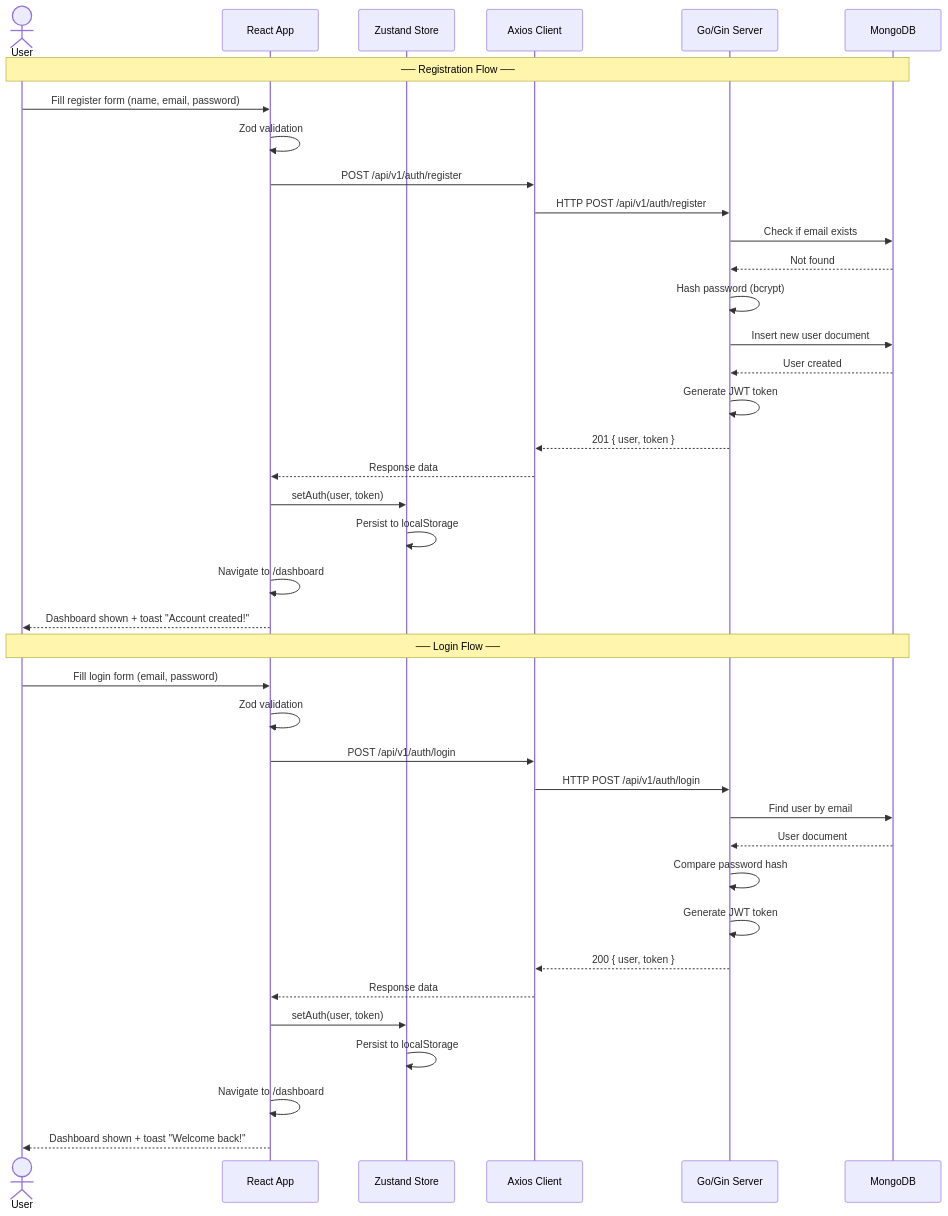
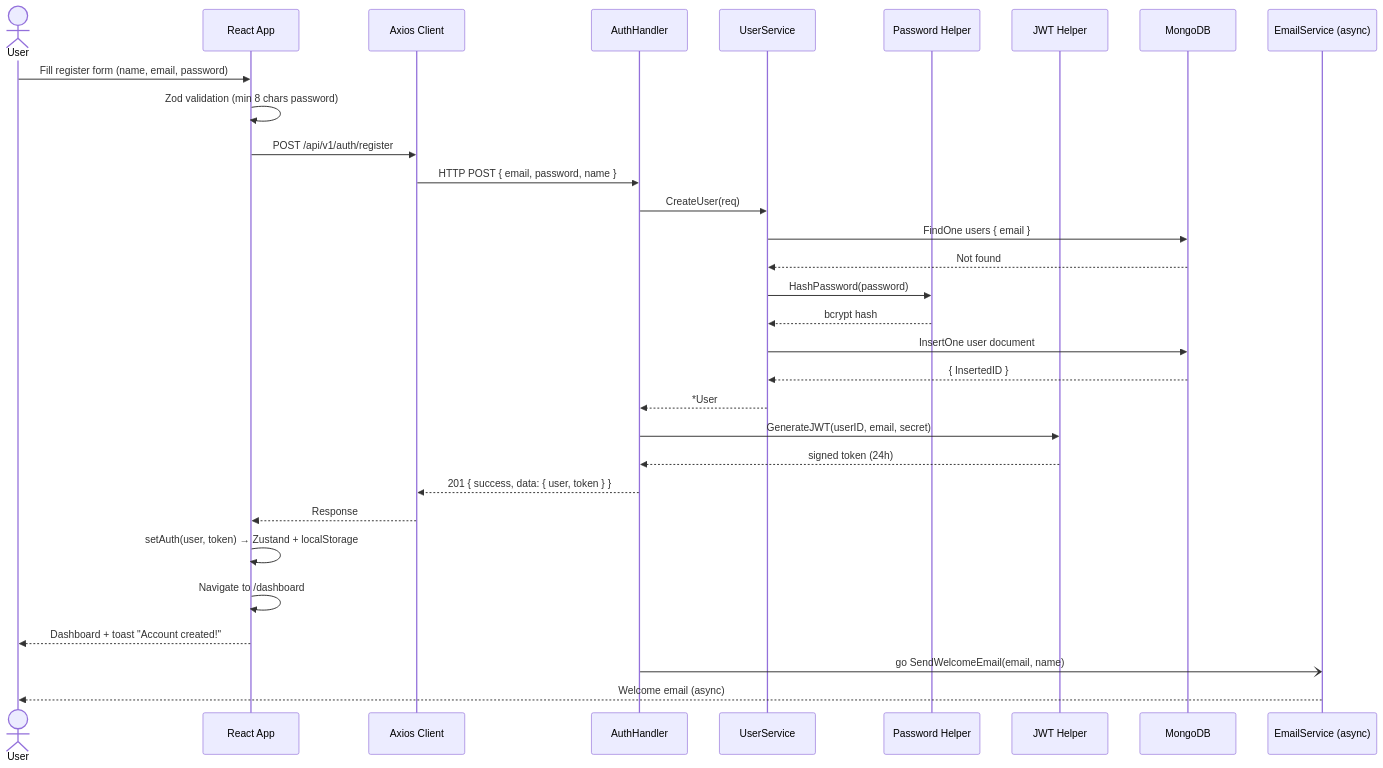
The first of 6 diagrams in docs/03-sequence-diagrams.md (Bugs-Slayers/EduClaaS-Task-Management-Web), drawn with Mermaid before and after one commit. The commit also changed other lines of this file and 26 other files, not shown here.

````diff
--- a/docs/03-sequence-diagrams.md
+++ b/docs/03-sequence-diagrams.md
@@ -9,45 +9,34 @@
 ```mermaid
 sequenceDiagram
     actor User
-    participant Browser as React App
-    participant ZustandStore as Zustand Store
-    participant AxiosClient as Axios Client
-    participant GinServer as Go/Gin Server
+    participant FE as React App
+    participant Axios as Axios Client
+    participant Auth as AuthHandler
+    participant UserSvc as UserService
+    participant PWD as Password Helper
+    participant JWT as JWT Helper
     participant MongoDB as MongoDB
+    participant Email as EmailService (async)
 
-    Note over User, MongoDB: ── Registration Flow ──
-
-    User->>Browser: Fill register form (name, email, password)
-    Browser->>Browser: Zod validation
-    Browser->>AxiosClient: POST /api/v1/auth/register
-    AxiosClient->>GinServer: HTTP POST /api/v1/auth/register
-    GinServer->>MongoDB: Check if email exists
-    MongoDB-->>GinServer: Not found
-    GinServer->>GinServer: Hash password (bcrypt)
-    GinServer->>MongoDB: Insert new user document
-    MongoDB-->>GinServer: User created
-    GinServer->>GinServer: Generate JWT token
-    GinServer-->>AxiosClient: 201 { user, token }
-    AxiosClient-->>Browser: Response data
-    Browser->>ZustandStore: setAuth(user, token)
-    ZustandStore->>ZustandStore: Persist to localStorage
-    Browser->>Browser: Navigate to /dashboard
-    Browser-->>User: Dashboard shown + toast "Account created!"
-
-    Note over User, MongoDB: ── Login Flow ──
-
-    User->>Browser: Fill login form (email, password)
-    Browser->>Browser: Zod validation
-    Browser->>AxiosClient: POST /api/v1/auth/login
-    AxiosClient->>GinServer: HTTP POST /api/v1/auth/login
-    GinServer->>MongoDB: Find user by email
-    MongoDB-->>GinServer: User document
-    GinServer->>GinServer: Compare password hash
-    GinServer->>GinServer: Generate JWT token
-    GinServer-->>AxiosClient: 200 { user, token }
-    AxiosClient-->>Browser: Response data
-    Browser->>ZustandStore: setAuth(user, token)
-    ZustandStore->>ZustandStore: Persist to localStorage
-    Browser->>Browser: Navigate to /dashboard
-    Browser-->>User: Dashboard shown + toast "Welcome back!"
+    User->>FE: Fill register form (name, email, password)
+    FE->>FE: Zod validation (min 8 chars password)
+    FE->>Axios: POST /api/v1/auth/register
+    Axios->>Auth: HTTP POST { email, password, name }
+    Auth->>UserSvc: CreateUser(req)
+    UserSvc->>MongoDB: FindOne users { email }
+    MongoDB-->>UserSvc: Not found
+    UserSvc->>PWD: HashPassword(password)
+    PWD-->>UserSvc: bcrypt hash
+    UserSvc->>MongoDB: InsertOne user document
+    MongoDB-->>UserSvc: { InsertedID }
+    UserSvc-->>Auth: *User
+    Auth->>JWT: GenerateJWT(userID, email, secret)
+    JWT-->>Auth: signed token (24h)
+    Auth-->>Axios: 201 { success, data: { user, token } }
+    Axios-->>FE: Response
+    FE->>FE: setAuth(user, token) → Zustand + localStorage
+    FE->>FE: Navigate to /dashboard
+    FE-->>User: Dashboard + toast "Account created!"
+    Auth-)Email: go SendWelcomeEmail(email, name)
+    Email-->>User: Welcome email (async)
 ```
````
